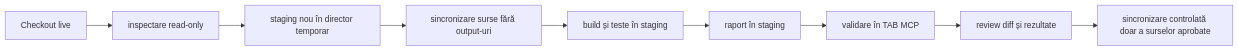
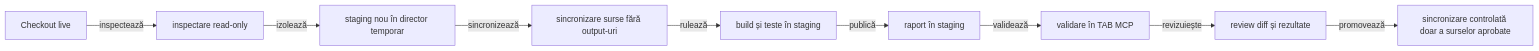
Before and after one commit to crististefanita/demo2: the first of 6 diagrams in docs/ATF_Build_And_Execution_Safety.md, drawn with Mermaid. The commit also changed other lines of this file and 52 other files, not shown here.

````diff
--- a/docs/ATF_Build_And_Execution_Safety.md
+++ b/docs/ATF_Build_And_Execution_Safety.md
@@ -13,11 +13,11 @@
 ```mermaid
 flowchart LR
-    Live[Checkout live] --> Inspect[inspectare read-only]
-    Inspect --> Stage[staging nou în director temporar]
-    Stage --> Sync[sincronizare surse fără output-uri]
-    Sync --> Build[build și teste în staging]
-    Build --> Report[raport în staging]
-    Report --> MCP[validare în TAB MCP]
-    MCP --> Review[review diff și rezultate]
-    Review --> SyncBack[sincronizare controlată doar a surselor aprobate]
+    Live[Checkout live] -->|inspectează| Inspect[inspectare read-only]
+    Inspect -->|izolează| Stage[staging nou în director temporar]
+    Stage -->|sincronizează| Sync[sincronizare surse fără output-uri]
+    Sync -->|rulează| Build[build și teste în staging]
+    Build -->|publică| Report[raport în staging]
+    Report -->|validează| MCP[validare în TAB MCP]
+    MCP -->|revizuiește| Review[review diff și rezultate]
+    Review -->|promovează| SyncBack[sincronizare controlată doar a surselor aprobate]
 ```
````
